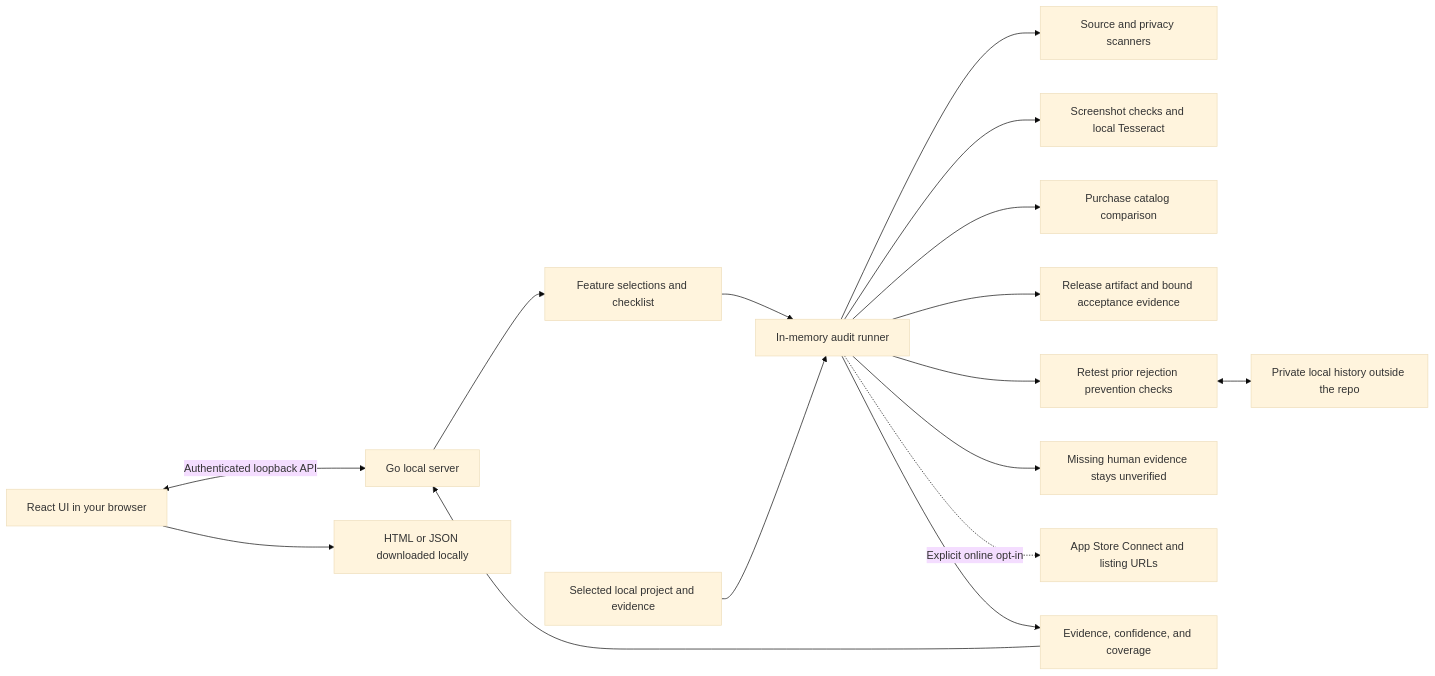
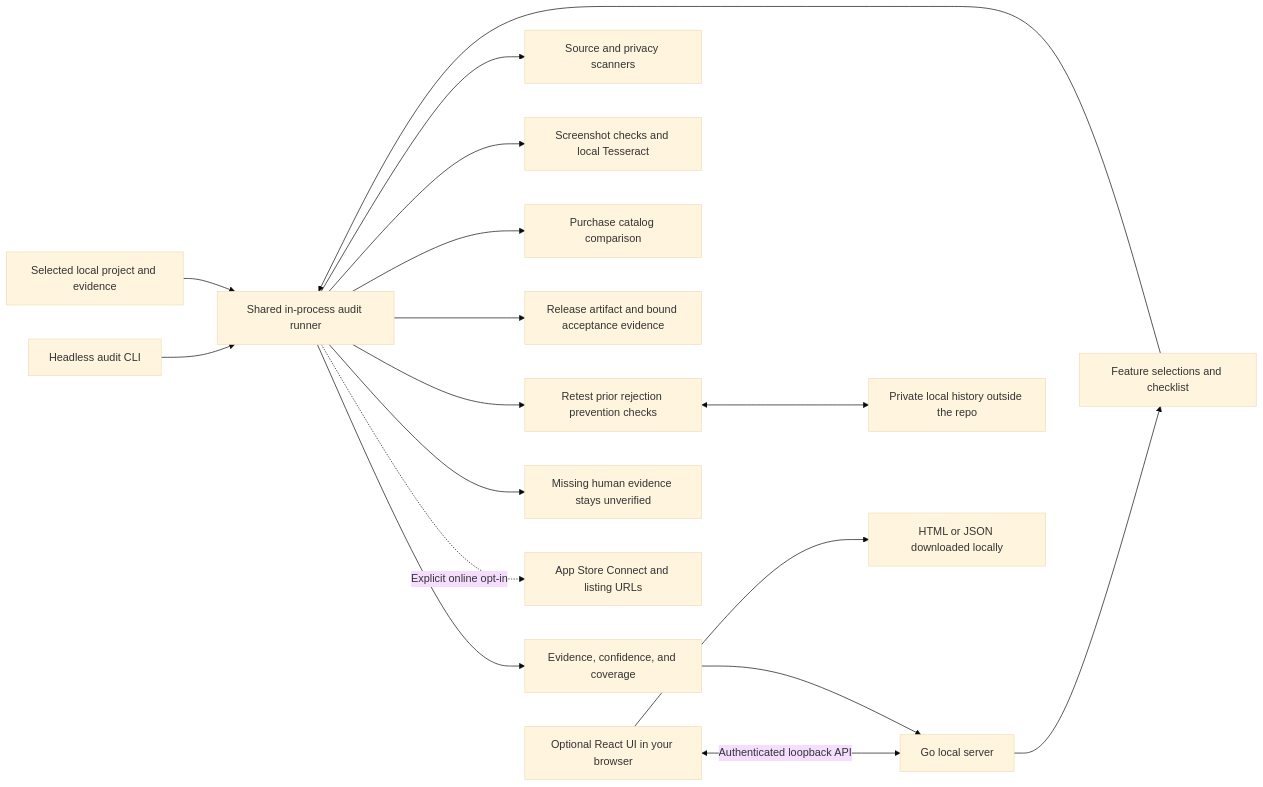
Before and after one commit to RandyVentures/greenlight: the second of 3 diagrams in README.md, drawn with Mermaid (base theme). The commit also changed other lines of this file and 17 other files, not shown here.

Commit message:
Add a headless agent audit workflow with structured output and optional UI

````diff
--- a/README.md
+++ b/README.md
@@ -113,18 +164,19 @@
 ```mermaid
 flowchart LR
-    Browser["React UI in your browser"] <-->|"Authenticated loopback API"| Server["Go local server"]
+    CLI["Headless audit CLI"] --> Runner["Shared in-process audit runner"]
+    Browser["Optional React UI in your browser"] <-->|"Authenticated loopback API"| Server["Go local server"]
     Server --> Plan["Feature selections and checklist"]
-    Plan --> Runner["In-memory audit runner"]
+    Plan --> Runner
     Files["Selected local project and evidence"] --> Runner
     Runner --> Source["Source and privacy scanners"]
     Runner --> Shots["Screenshot checks and local Tesseract"]
     Runner --> Purchases["Purchase catalog comparison"]
     Runner --> Ready["Release artifact and bound acceptance evidence"]
     Runner --> History["Retest prior rejection prevention checks"]
     History <--> Private["Private local history outside the repo"]
     Runner --> Manual["Missing human evidence stays unverified"]
     Runner -.->|"Explicit online opt-in"| Apple["App Store Connect and listing URLs"]
     Runner --> Results["Evidence, confidence, and coverage"]
     Results --> Server
     Browser --> Export["HTML or JSON downloaded locally"]
 ```
````
